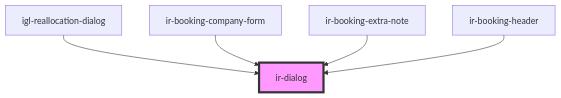
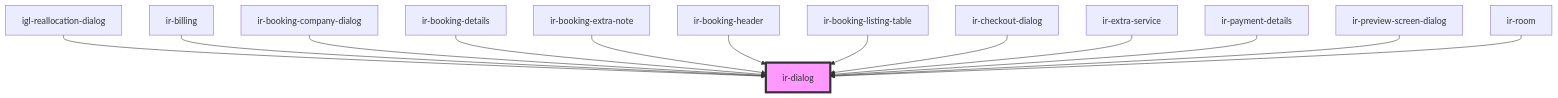
Before and after one commit to RonyRizk/ir-webcmp: the diagram in src/components/ui/ir-dialog/readme.md, drawn with Mermaid. The commit also changed other lines of this file and 433 other files, not shown here.

````diff
--- a/src/components/ui/ir-dialog/readme.md
+++ b/src/components/ui/ir-dialog/readme.md
@@ -61,8 +69,16 @@
 ```mermaid
 graph TD;
   igl-reallocation-dialog --> ir-dialog
-  ir-booking-company-form --> ir-dialog
+  ir-billing --> ir-dialog
+  ir-booking-company-dialog --> ir-dialog
+  ir-booking-details --> ir-dialog
   ir-booking-extra-note --> ir-dialog
   ir-booking-header --> ir-dialog
+  ir-booking-listing-table --> ir-dialog
+  ir-checkout-dialog --> ir-dialog
+  ir-extra-service --> ir-dialog
+  ir-payment-details --> ir-dialog
+  ir-preview-screen-dialog --> ir-dialog
+  ir-room --> ir-dialog
   style ir-dialog fill:#f9f,stroke:#333,stroke-width:4px
 ```
````
